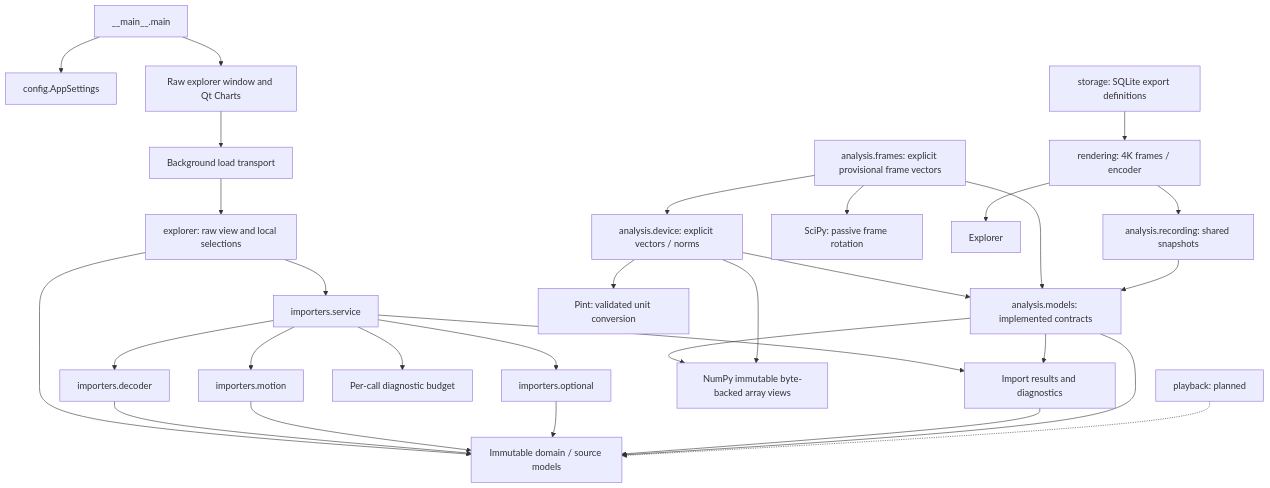
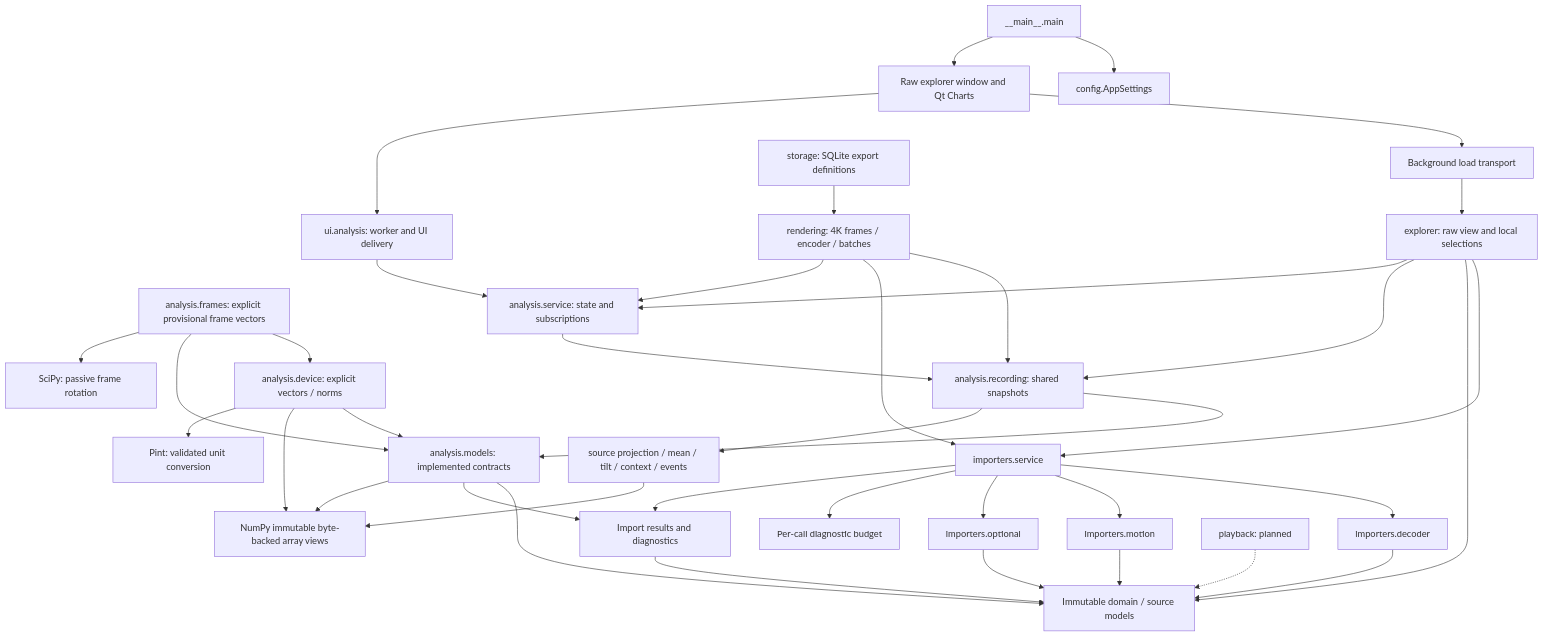
Before and after one commit to rudnerbjoern/ride-forces-analyzer: the diagram in docs/architecture/05_building_block_view.md, drawn with Mermaid. The commit also changed other lines of this file and 51 other files, not shown here.

````diff
--- a/docs/architecture/05_building_block_view.md
+++ b/docs/architecture/05_building_block_view.md
@@ -7,32 +7,40 @@
 ```mermaid
 flowchart TB
     Entry["__main__.main"] --> Settings["config.AppSettings"]
     Entry --> Qt["Raw explorer window and Qt Charts"]
     Qt --> Worker["Background load transport"]
     Worker --> Presentation["explorer: raw view and local selections"]
     Presentation --> Service
     Presentation --> Domain
     Service["importers.service"] --> Decoder["importers.decoder"]
     Service --> Motion["importers.motion"]
     Service --> Optional["importers.optional"]
     Service --> Budget["Per-call diagnostic budget"]
     Service --> Results["Import results and diagnostics"]
     Decoder --> Domain["Immutable domain / source models"]
     Motion --> Domain
     Optional --> Domain
     Results --> Domain
     Analysis["analysis.models: implemented contracts"] --> Domain
     Analysis --> Results
     Analysis --> NumPy["NumPy immutable byte-backed array views"]
     Device["analysis.device: explicit vectors / norms"] --> Analysis
     Device --> NumPy
     Device --> Pint["Pint: validated unit conversion"]
     Frames["analysis.frames: explicit provisional frame vectors"] --> Device
     Frames --> Analysis
     Frames --> SciPy["SciPy: passive frame rotation"]
     Storage["storage: SQLite export definitions"] --> Rendering
     Playback["playback: planned"] -.-> Domain
-    Rendering["rendering: 4K frames / encoder"] --> Explorer
-    Rendering --> Recording["analysis.recording: shared snapshots"]
+    Rendering["rendering: 4K frames / encoder / batches"] --> Recording["analysis.recording: shared snapshots"]
+    Rendering --> Service
+    Rendering --> AnalysisService["analysis.service: state and subscriptions"]
+    Presentation --> Recording
+    Presentation --> AnalysisService
+    Qt --> Adapter["ui.analysis: worker and UI delivery"]
+    Adapter --> AnalysisService
+    AnalysisService --> Recording
     Recording --> Analysis
+    Recording --> Numerical["source projection / mean / tilt / context / events"]
+    Numerical --> NumPy
 ```
````
